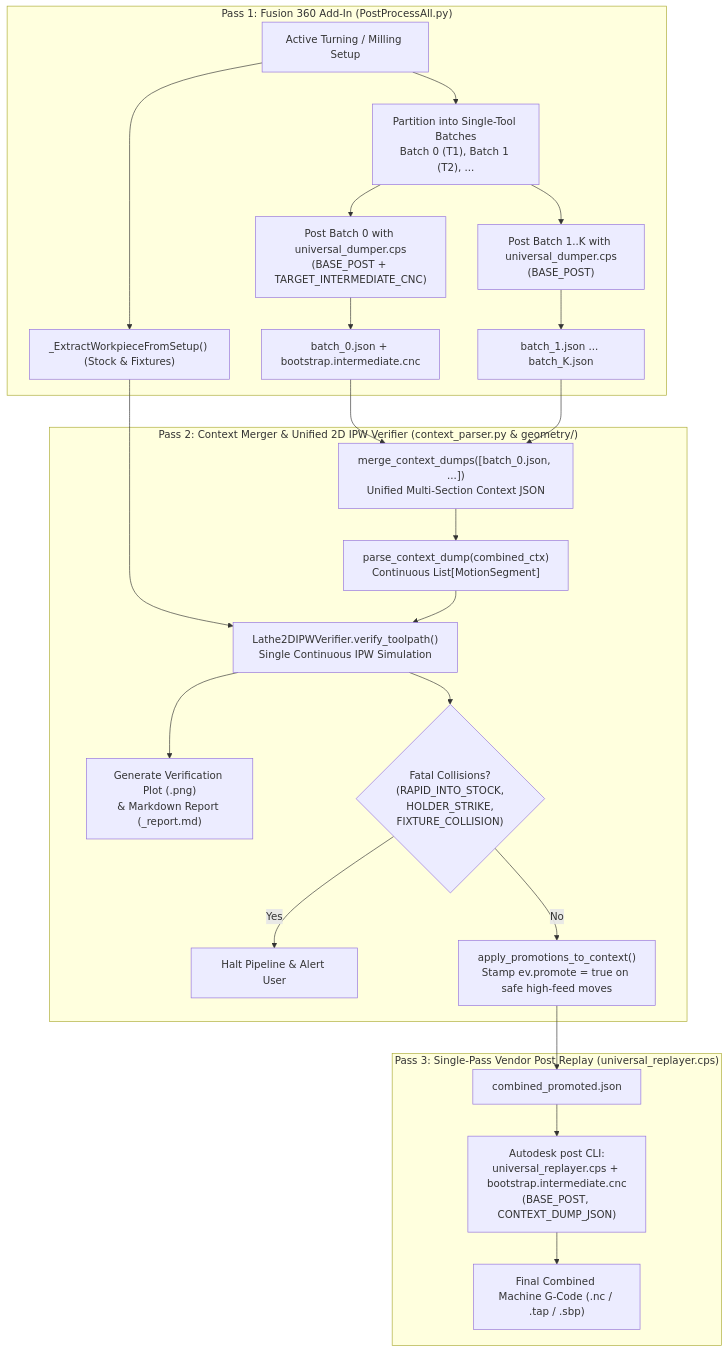
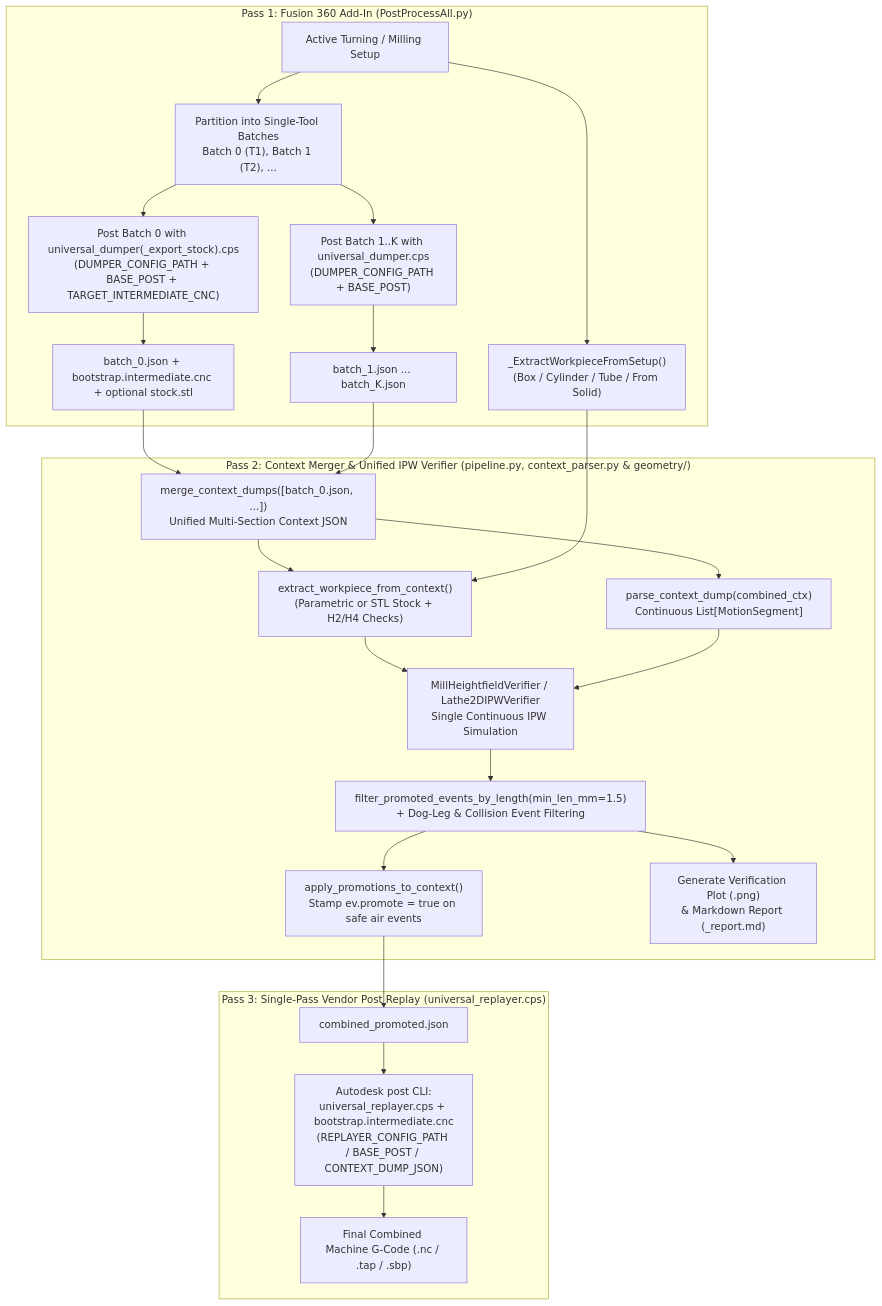
One commit to vfurman-gh/PostClear changed the diagram in docs/architecture_and_interfaces.md. Above: the diagram before and after it, drawn with Mermaid. The commit also changed other lines of this file and 4 other files, not shown here.

Commit message:
Update README and architecture documentation

````diff
--- a/docs/architecture_and_interfaces.md
+++ b/docs/architecture_and_interfaces.md
@@ -38,28 +40,29 @@
 ```mermaid
 flowchart TD
     subgraph Fusion["Pass 1: Fusion 360 Add-In (PostProcessAll.py)"]
-        Setup["Active Turning / Milling Setup"] --> ExtractModel["_ExtractWorkpieceFromSetup() (Stock & Fixtures)"]
+        Setup["Active Turning / Milling Setup"] --> ExtractModel["_ExtractWorkpieceFromSetup()\n(Box / Cylinder / Tube / From Solid)"]
         Setup --> Partition["Partition into Single-Tool Batches\nBatch 0 (T1), Batch 1 (T2), ..."]
-        Partition --> Dump0["Post Batch 0 with universal_dumper.cps\n(BASE_POST + TARGET_INTERMEDIATE_CNC)"]
-        Partition --> Dump1["Post Batch 1..K with universal_dumper.cps\n(BASE_POST)"]
-        Dump0 --> JSON0["batch_0.json + bootstrap.intermediate.cnc"]
+        Partition --> Dump0["Post Batch 0 with universal_dumper(_export_stock).cps\n(DUMPER_CONFIG_PATH + BASE_POST + TARGET_INTERMEDIATE_CNC)"]
+        Partition --> Dump1["Post Batch 1..K with universal_dumper.cps\n(DUMPER_CONFIG_PATH + BASE_POST)"]
+        Dump0 --> JSON0["batch_0.json + bootstrap.intermediate.cnc + optional stock.stl"]
         Dump1 --> JSON1["batch_1.json ... batch_K.json"]
     end
 
-    subgraph Python["Pass 2: Context Merger & Unified 2D IPW Verifier (context_parser.py & geometry/)"]
+    subgraph Python["Pass 2: Context Merger & Unified IPW Verifier (pipeline.py, context_parser.py & geometry/)"]
         JSON0 & JSON1 --> Merger["merge_context_dumps([batch_0.json, ...])\nUnified Multi-Section Context JSON"]
         Merger --> Parser["parse_context_dump(combined_ctx)\nContinuous List[MotionSegment]"]
-        ExtractModel --> Verifier["Lathe2DIPWVerifier.verify_toolpath()\nSingle Continuous IPW Simulation"]
+        Merger --> ExtractWP["extract_workpiece_from_context()\n(Parametric or STL Stock + H2/H4 Checks)"]
+        ExtractModel --> ExtractWP
+        ExtractWP --> Verifier["MillHeightfieldVerifier / Lathe2DIPWVerifier\nSingle Continuous IPW Simulation"]
         Parser --> Verifier
-        Verifier --> Artifacts["Generate Verification Plot (.png)\n& Markdown Report (_report.md)"]
-        Verifier --> Gate{"Fatal Collisions?\n(RAPID_INTO_STOCK,\nHOLDER_STRIKE,\nFIXTURE_COLLISION)"}
-        Gate -- "Yes" --> Halt["Halt Pipeline & Alert User"]
-        Gate -- "No" --> Promote["apply_promotions_to_context()\nStamp ev.promote = true on safe high-feed moves"]
+        Verifier --> FilterLen["filter_promoted_events_by_length(min_len_mm=1.5)\n+ Dog-Leg & Collision Event Filtering"]
+        FilterLen --> Promote["apply_promotions_to_context()\nStamp ev.promote = true on safe air events"]
+        FilterLen --> Artifacts["Generate Verification Plot (.png)\n& Markdown Report (_report.md)"]
     end
 
     subgraph Replay["Pass 3: Single-Pass Vendor Post Replay (universal_replayer.cps)"]
         Promote --> PromotedJSON["combined_promoted.json"]
-        PromotedJSON --> Replayer["Autodesk post CLI:\nuniversal_replayer.cps + bootstrap.intermediate.cnc\n(BASE_POST, CONTEXT_DUMP_JSON)"]
+        PromotedJSON --> Replayer["Autodesk post CLI:\nuniversal_replayer.cps + bootstrap.intermediate.cnc\n(REPLAYER_CONFIG_PATH / BASE_POST / CONTEXT_DUMP_JSON)"]
         Replayer --> FinalNC["Final Combined Machine G-Code (.nc / .tap / .sbp)"]
     end
 ```
````
